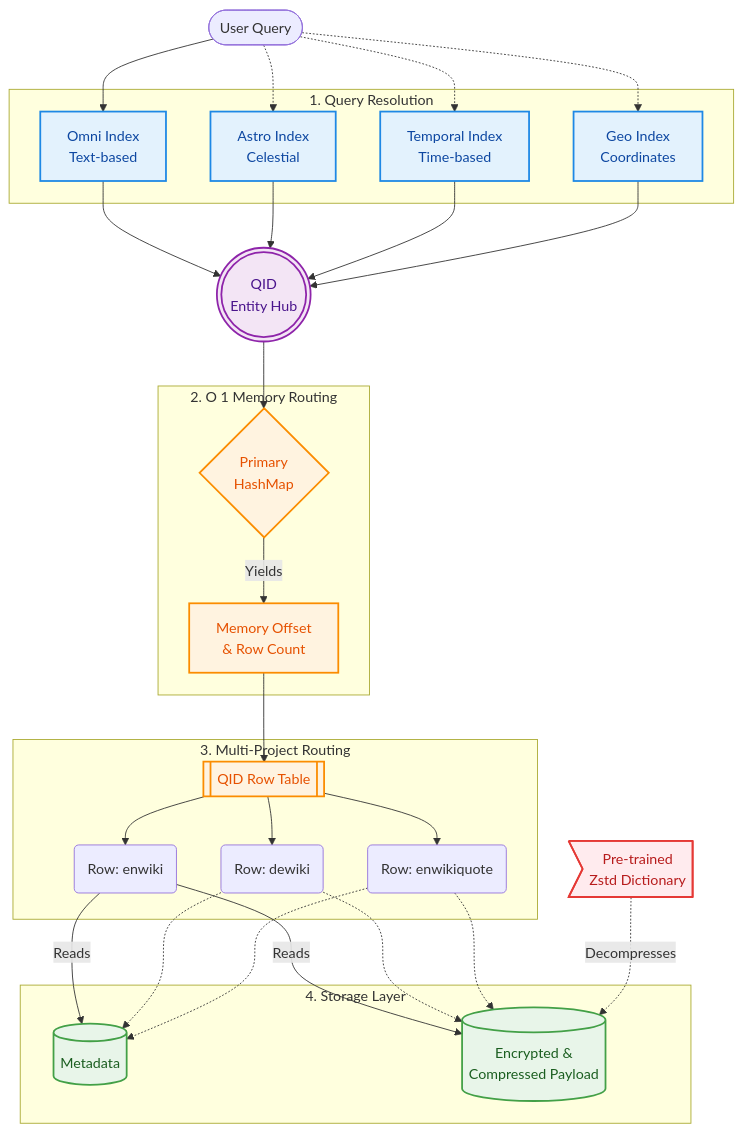
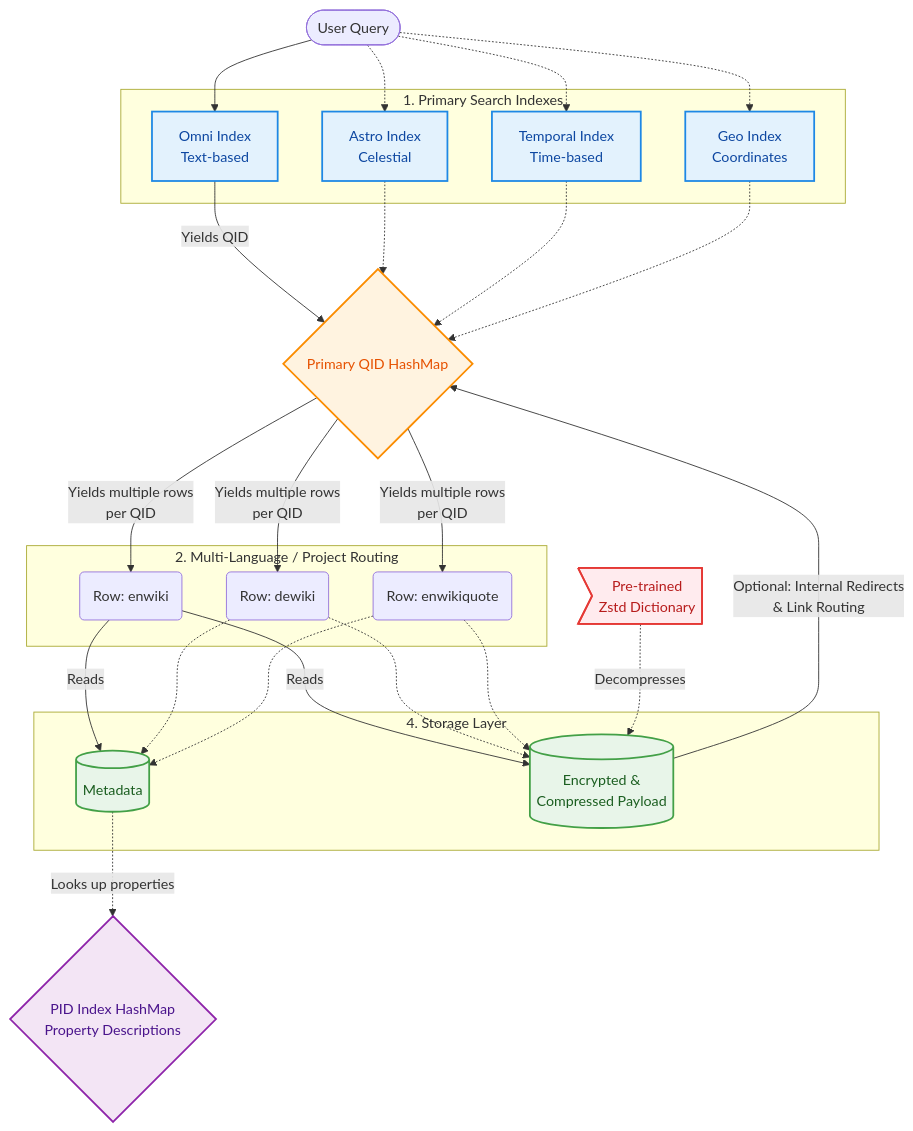
Before and after one commit to jmueller209/WIKI_PDA: the diagram in README.md, drawn with Mermaid. The commit also changed other lines of this file, not shown here.

````diff
--- a/README.md
+++ b/README.md
@@ -67,61 +11,56 @@
 ```mermaid
 flowchart TD
     %% Color Palette Definition
     classDef search fill:#e3f2fd,stroke:#1e88e5,stroke-width:2px,color:#0d47a1
-    classDef core fill:#f3e5f5,stroke:#8e24aa,stroke-width:2px,color:#4a148c
     classDef memory fill:#fff3e0,stroke:#fb8c00,stroke-width:2px,color:#e65100
     classDef storage fill:#e8f5e9,stroke:#43a047,stroke-width:2px,color:#1b5e20
+    classDef meta fill:#f3e5f5,stroke:#8e24aa,stroke-width:2px,color:#4a148c
     classDef tool fill:#ffebee,stroke:#e53935,stroke-width:2px,color:#b71c1c
 
     User([User Query])
 
-    subgraph Phase1 [1. Query Resolution]
+    subgraph Phase1 [1. Primary Search Indexes]
         OS[Omni Index<br>Text-based]:::search
         AS[Astro Index<br>Celestial]:::search
         TS[Temporal Index<br>Time-based]:::search
         CS[Geo Index<br>Coordinates]:::search
     end
 
     User --> OS
     User -.-> AS
     User -.-> TS
     User -.-> CS
 
-    Q(((QID<br>Entity Hub))):::core
+    HM{Primary QID HashMap}:::memory
     
-    OS --> Q
-    AS --> Q
-    TS --> Q
-    CS --> Q
+    OS -- Yields QID --> HM
+    AS -.-> HM
+    TS -.-> HM
+    CS -.-> HM
 
-    subgraph Phase2 [2. O 1 Memory Routing]
-        HM{Primary<br>HashMap}:::memory
-        PTR[Memory Offset<br>& Row Count]:::memory
-    end
-
-    Q --> HM
-    HM -->|Yields| PTR
-
-    subgraph Phase3 [3. Multi-Project Routing]
-        IDX[[QID Row Table]]:::memory
+    subgraph Phase2 [2. Multi-Language / Project Routing]
         R1(Row: enwiki)
         R2(Row: dewiki)
         R3(Row: enwikiquote)
     end
 
-    PTR --> IDX
-    IDX --> R1 & R2 & R3
+    HM -- Yields multiple rows<br>per QID --> R1 & R2 & R3
 
-    subgraph Phase4 [4. Storage Layer]
+    subgraph Phase3 [4. Storage Layer]
         MD[(Metadata)]:::storage
         DAT[(Encrypted &<br>Compressed Payload)]:::storage
     end
 
     R1 -->|Reads| MD
     R1 -->|Reads| DAT
     R2 -.-> MD & DAT
     R3 -.-> MD & DAT
 
+    PID{PID Index HashMap<br>Property Descriptions}:::meta
+    MD -. Looks up properties .-> PID
+
+    DAT -- Optional: Internal Redirects<br>& Link Routing --> HM
+
     ZDICT>Pre-trained<br>Zstd Dictionary]:::tool
     ZDICT -.->|Decompresses| DAT
 ```
````
